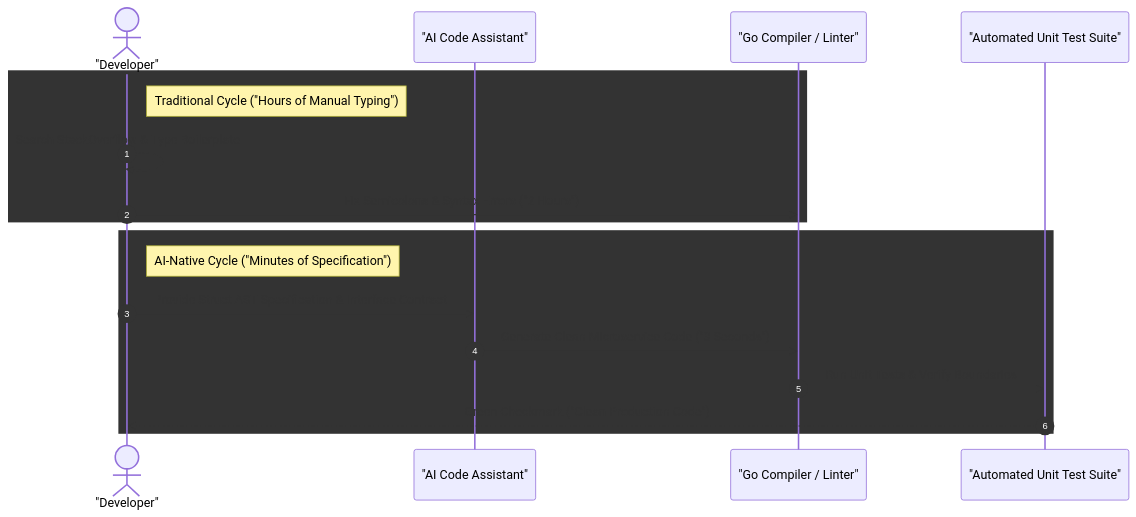
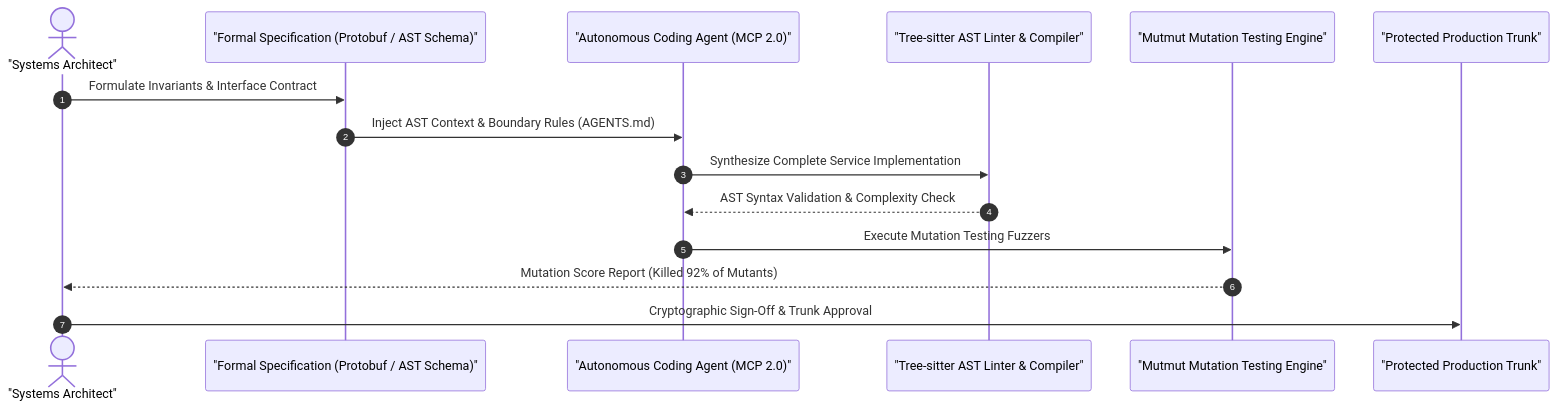
The second of 4 diagrams in content/series/ai-driven-engineer/part-1-the-death-of-code-typists.md (vesviet/vesviet), drawn with Mermaid before and after one commit. The commit also changed other lines of this file and 67 other files, not shown here.

````diff
--- a/content/series/ai-driven-engineer/part-1-the-death-of-code-typists.md
+++ b/content/series/ai-driven-engineer/part-1-the-death-of-code-typists.md
@@ -44,22 +70,18 @@
 ```mermaid
 sequenceDiagram
     autonumber
-    actor Dev as "Developer"
-    participant LLM as "AI Code Assistant"
-    participant Compiler as "Go Compiler / Linter"
-    participant Test as "Automated Unit Test Suite"
+    actor Arch as "Systems Architect"
+    participant Spec as "Formal Specification (Protobuf / AST Schema)"
+    participant Agent as "Autonomous Coding Agent (MCP 2.0)"
+    participant Parser as "Tree-sitter AST Linter & Compiler"
+    participant Mutation as "Mutmut Mutation Testing Engine"
+    participant Git as "Protected Production Trunk"
 
-    rect rgb("255, 230, 230")
-    note right of Dev: Traditional Cycle ("Hours of Manual Typing")
-    Dev->>Dev: Search StackOverflow & Type Boilerplate
-    Dev->>Compiler: Fix Semicolons & Syntax Errors ("2 Hours")
-    end
-
-    rect rgb("230, 255, 230")
-    note right of Dev: AI-Native Cycle ("Minutes of Specification")
-    Dev->>LLM: Provide Struct AST Specification & Interface Contract
-    LLM->>Compiler: Generate Clean Microservice Code ("3 Seconds")
-    Compiler->>Test: Run Unit Tests & Verify Boundaries
-    Test-->>Dev: Green Checkmark ("Clean Production Code")
-    end
+    Arch->>Spec: Formulate Invariants & Interface Contract
+    Spec->>Agent: Inject AST Context & Boundary Rules (AGENTS.md)
+    Agent->>Parser: Synthesize Complete Service Implementation
+    Parser-->>Agent: AST Syntax Validation & Complexity Check
+    Agent->>Mutation: Execute Mutation Testing Fuzzers
+    Mutation-->>Arch: Mutation Score Report (Killed 92% of Mutants)
+    Arch->>Git: Cryptographic Sign-Off & Trunk Approval
 ```
````
